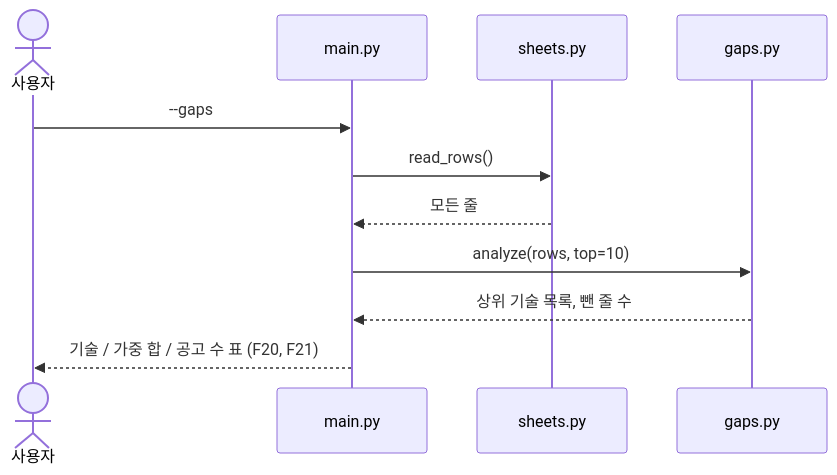
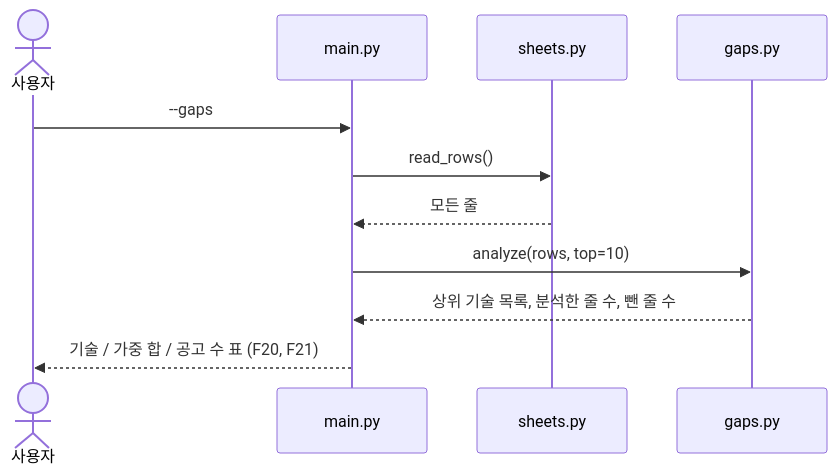
One commit to wogud98/jobvis changed the fourth of 6 diagrams in docs/v0.3/02-design.md. Above: the diagram before and after it, drawn with Mermaid. The commit also changed other lines of this file and 18 other files, not shown here.

````diff
--- a/docs/v0.3/02-design.md
+++ b/docs/v0.3/02-design.md
@@ -181,14 +182,14 @@
 ```mermaid
 sequenceDiagram
     actor U as 사용자
     participant M as main.py
     participant SH as sheets.py
     participant GA as gaps.py
 
     U->>M: --gaps
     M->>SH: read_rows()
     SH-->>M: 모든 줄
     M->>GA: analyze(rows, top=10)
-    GA-->>M: 상위 기술 목록, 뺀 줄 수
+    GA-->>M: 상위 기술 목록, 분석한 줄 수, 뺀 줄 수
     M-->>U: 기술 / 가중 합 / 공고 수 표 (F20, F21)
 ```
````
